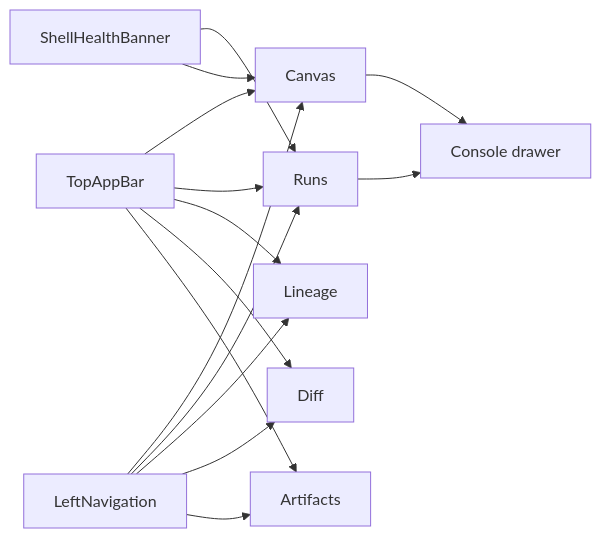
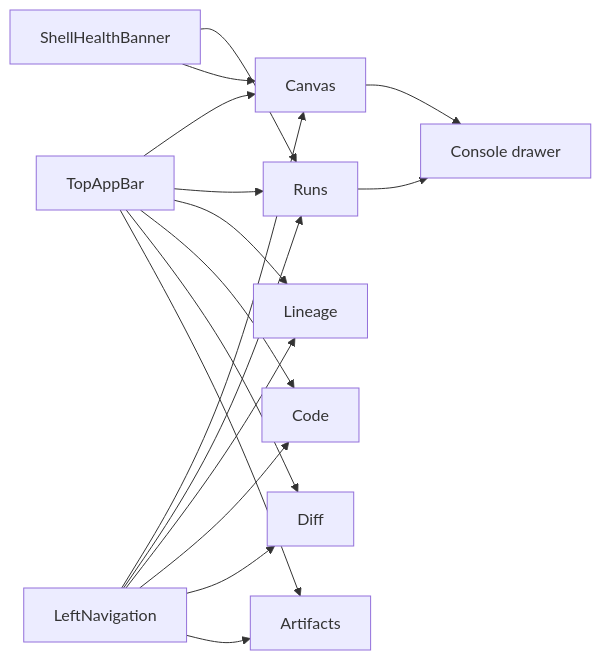
The first of 2 diagrams in docs/architecture/frontend/main-workspace-views-and-ux.md (dunay2/dvt), drawn with Mermaid before and after one commit. The commit also changed other lines of this file and 56 other files, not shown here.

Commit message:
feat(web): Harden transformation flow and align F-23 docs

````diff
--- a/docs/architecture/frontend/main-workspace-views-and-ux.md
+++ b/docs/architecture/frontend/main-workspace-views-and-ux.md
@@ -30,20 +30,22 @@
 ```mermaid
 flowchart LR
   TopBar["TopAppBar"] --> Canvas
   TopBar --> Runs
   TopBar --> Lineage
+  TopBar --> Code
   TopBar --> Diff
   TopBar --> Artifacts
 
   Health["ShellHealthBanner"] --> Runs
   Health --> Canvas
 
   Nav["LeftNavigation"] --> Canvas
   Nav --> Runs
   Nav --> Lineage
+  Nav --> Code
   Nav --> Diff
   Nav --> Artifacts
 
   Canvas --> Console["Console drawer"]
   Runs --> Console
 ```
````
